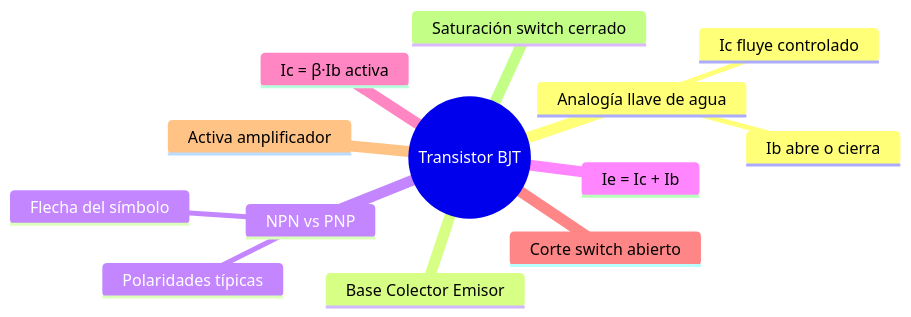
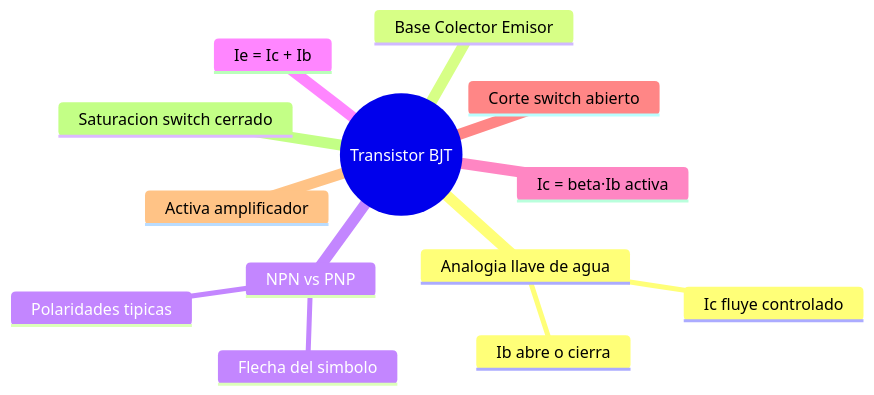
The diagram in src/site/notes/Universidad/3er Semestre/Fundamentos de Electricidad y Sistemas Digitales/Teórico/Unidad 2 - Introducción a la Electrónica/03 - Transistor BJT.md (Fsteven22/Notas-ESPOL), drawn with Mermaid before and after one commit. The commit also changed other lines of this file and 79 other files, not shown here.

````diff
--- a/src/site/notes/Universidad/3er Semestre/Fundamentos de Electricidad y Sistemas Digitales/Teórico/Unidad 2 - Introducción a la Electrónica/03 - Transistor BJT.md
+++ b/src/site/notes/Universidad/3er Semestre/Fundamentos de Electricidad y Sistemas Digitales/Teórico/Unidad 2 - Introducción a la Electrónica/03 - Transistor BJT.md
@@ -200,16 +165,16 @@
 ```mermaid
 mindmap
   root((Transistor BJT))
-    Analogía llave de agua
+    Analogia llave de agua
       Ib abre o cierra
       Ic fluye controlado
     Base Colector Emisor
     NPN vs PNP
-      Flecha del símbolo
-      Polaridades típicas
+      Flecha del simbolo
+      Polaridades tipicas
     Ie = Ic + Ib
-    Ic = β·Ib activa
+    Ic = beta·Ib activa
     Corte switch abierto
     Activa amplificador
-    Saturación switch cerrado
+    Saturacion switch cerrado
 ```
````
